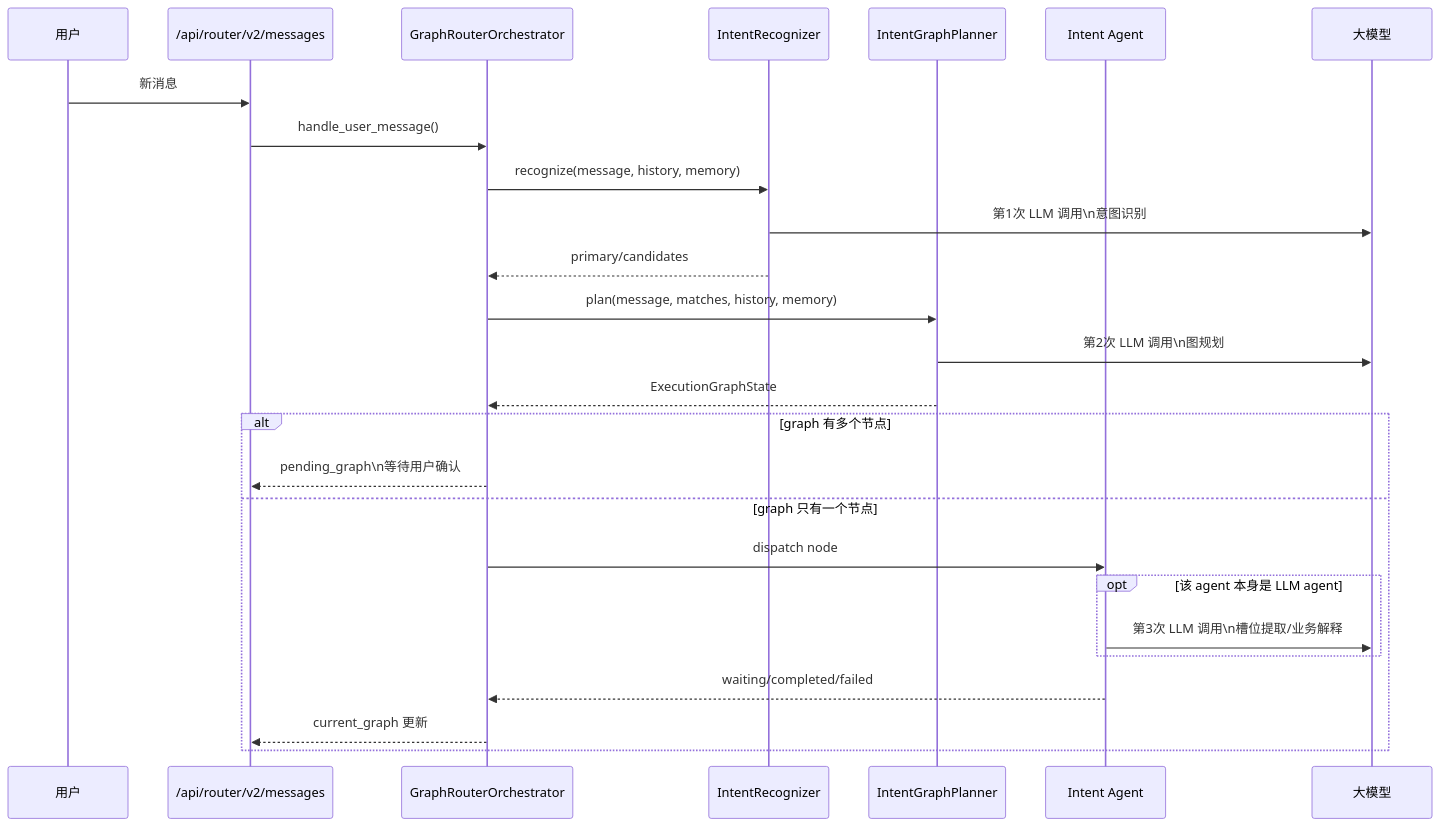
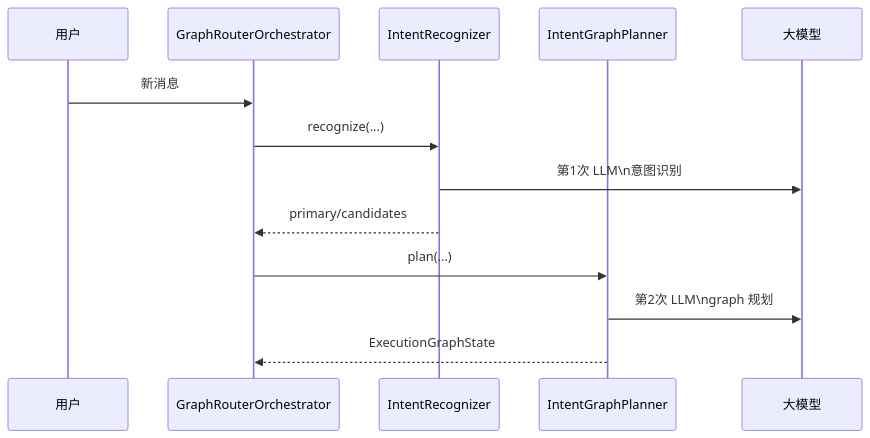
Before and after one commit to corelli359/intent-router: the second of 5 diagrams in docs/v2-llm-call-flow.md, drawn with Mermaid. The commit also changed other lines of this file, not shown here.

Commit message:
docs: clarify v2 router llm flow

````diff
--- a/docs/v2-llm-call-flow.md
+++ b/docs/v2-llm-call-flow.md
@@ -31,30 +121,16 @@
 ```mermaid
 sequenceDiagram
     participant User as 用户
-    participant API as /api/router/v2/messages
-    participant Orchestrator as GraphRouterOrchestrator
+    participant Router as GraphRouterOrchestrator
     participant Recognizer as IntentRecognizer
     participant Planner as IntentGraphPlanner
-    participant Agent as Intent Agent
     participant LLM as 大模型
 
-    User->>API: 新消息
-    API->>Orchestrator: handle_user_message()
-    Orchestrator->>Recognizer: recognize(message, history, memory)
-    Recognizer->>LLM: 第1次 LLM 调用\n意图识别
-    Recognizer-->>Orchestrator: primary/candidates
-    Orchestrator->>Planner: plan(message, matches, history, memory)
-    Planner->>LLM: 第2次 LLM 调用\n图规划
-    Planner-->>Orchestrator: ExecutionGraphState
-
-    alt graph 有多个节点
-        Orchestrator-->>API: pending_graph\n等待用户确认
-    else graph 只有一个节点
-        Orchestrator->>Agent: dispatch node
-        opt 该 agent 本身是 LLM agent
-            Agent->>LLM: 第3次 LLM 调用\n槽位提取/业务解释
-        end
-        Agent-->>Orchestrator: waiting/completed/failed
-        Orchestrator-->>API: current_graph 更新
-    end
+    User->>Router: 新消息
+    Router->>Recognizer: recognize(...)
+    Recognizer->>LLM: 第1次 LLM\n意图识别
+    Recognizer-->>Router: primary/candidates
+    Router->>Planner: plan(...)
+    Planner->>LLM: 第2次 LLM\ngraph 规划
+    Planner-->>Router: ExecutionGraphState
 ```
````
